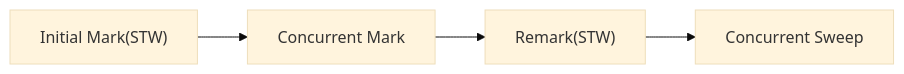
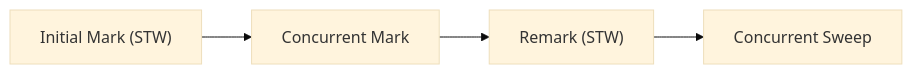
One commit to yjkim2015/yjkim2015.github.io changed the fourth of 9 diagrams in _posts/java/2026-05-01-java-garbage-collector.md. Above: the diagram before and after it, drawn with Mermaid (base theme). The commit also changed other lines of this file and 4 other files, not shown here.

````diff
--- a/_posts/java/2026-05-01-java-garbage-collector.md
+++ b/_posts/java/2026-05-01-java-garbage-collector.md
@@ -235,6 +440,5 @@
 ```mermaid
 graph LR
-    P1["Initial Mark(STW)"] --> P2["Concurrent Mark"]
-    P2 --> P3["Remark(STW)"]
-    P3 --> P4["Concurrent Sweep"]
+    IM["Initial Mark (STW)"] --> CM["Concurrent Mark"]
+    CM --> RM["Remark (STW)"] --> CS["Concurrent Sweep"]
 ```
````
